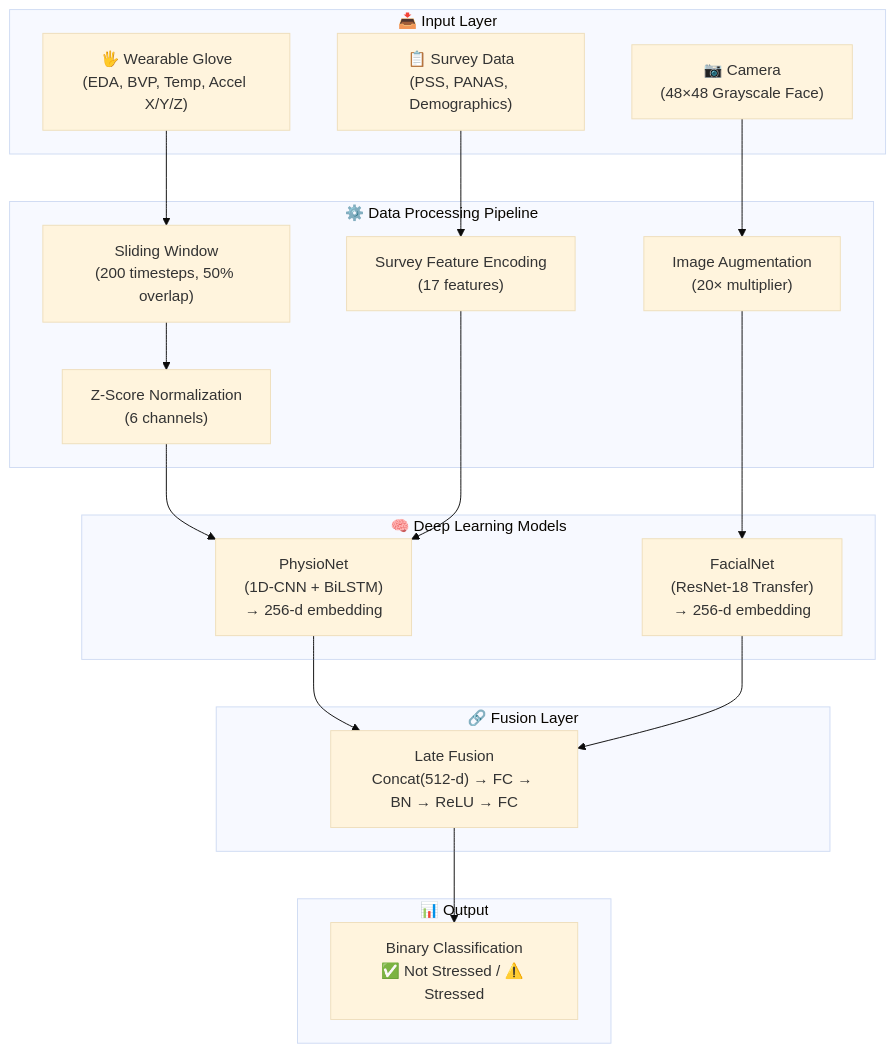
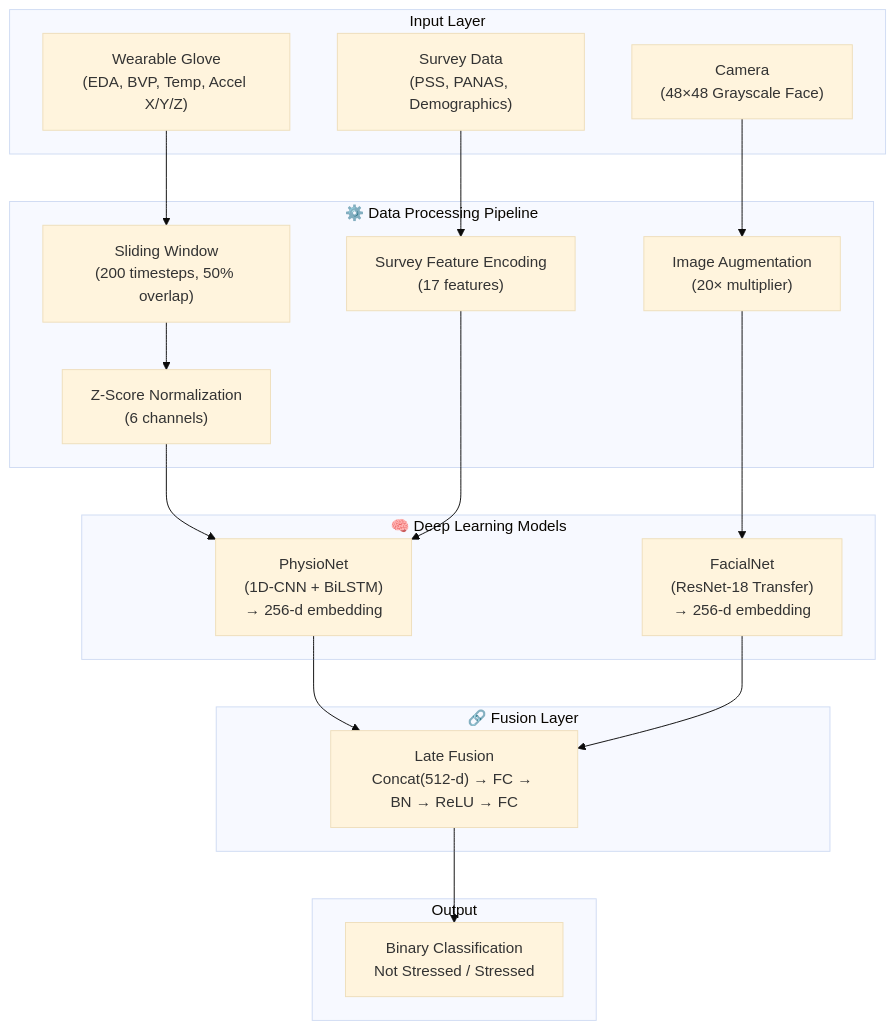
Before and after one commit to Yuvi-Sharma07/Capstone: the first of 3 diagrams in README.md, drawn with Mermaid (base theme). The commit also changed other lines of this file, not shown here.

````diff
--- a/README.md
+++ b/README.md
@@ -61,35 +61,35 @@
 ```mermaid
 graph TB
-    subgraph Input_Layer["📥 Input Layer"]
-        A["🖐️ Wearable Glove<br/>(EDA, BVP, Temp, Accel X/Y/Z)"]
-        B["📷 Camera<br/>(48×48 Grayscale Face)"]
-        C["📋 Survey Data<br/>(PSS, PANAS, Demographics)"]
+    subgraph Input_Layer["Input Layer"]
+        A["Wearable Glove<br/>(EDA, BVP, Temp, Accel X/Y/Z)"]
+        B["Camera<br/>(48×48 Grayscale Face)"]
+        C["Survey Data<br/>(PSS, PANAS, Demographics)"]
     end
 
     subgraph Data_Pipeline["⚙️ Data Processing Pipeline"]
         D["Sliding Window<br/>(200 timesteps, 50% overlap)"]
         E["Z-Score Normalization<br/>(6 channels)"]
         F["Image Augmentation<br/>(20× multiplier)"]
         G["Survey Feature Encoding<br/>(17 features)"]
     end
 
     subgraph Model_Layer["🧠 Deep Learning Models"]
         H["PhysioNet<br/>(1D-CNN + BiLSTM)<br/>→ 256-d embedding"]
         I["FacialNet<br/>(ResNet-18 Transfer)<br/>→ 256-d embedding"]
     end
 
     subgraph Fusion_Layer["🔗 Fusion Layer"]
         J["Late Fusion<br/>Concat(512-d) → FC → BN → ReLU → FC"]
     end
 
-    subgraph Output_Layer["📊 Output"]
-        K["Binary Classification<br/>✅ Not Stressed / ⚠️ Stressed"]
+    subgraph Output_Layer["Output"]
+        K["Binary Classification<br/>Not Stressed / Stressed"]
     end
 
     A --> D --> E --> H
     C --> G --> H
     B --> F --> I
     H --> J
     I --> J
     J --> K
 ```
````
